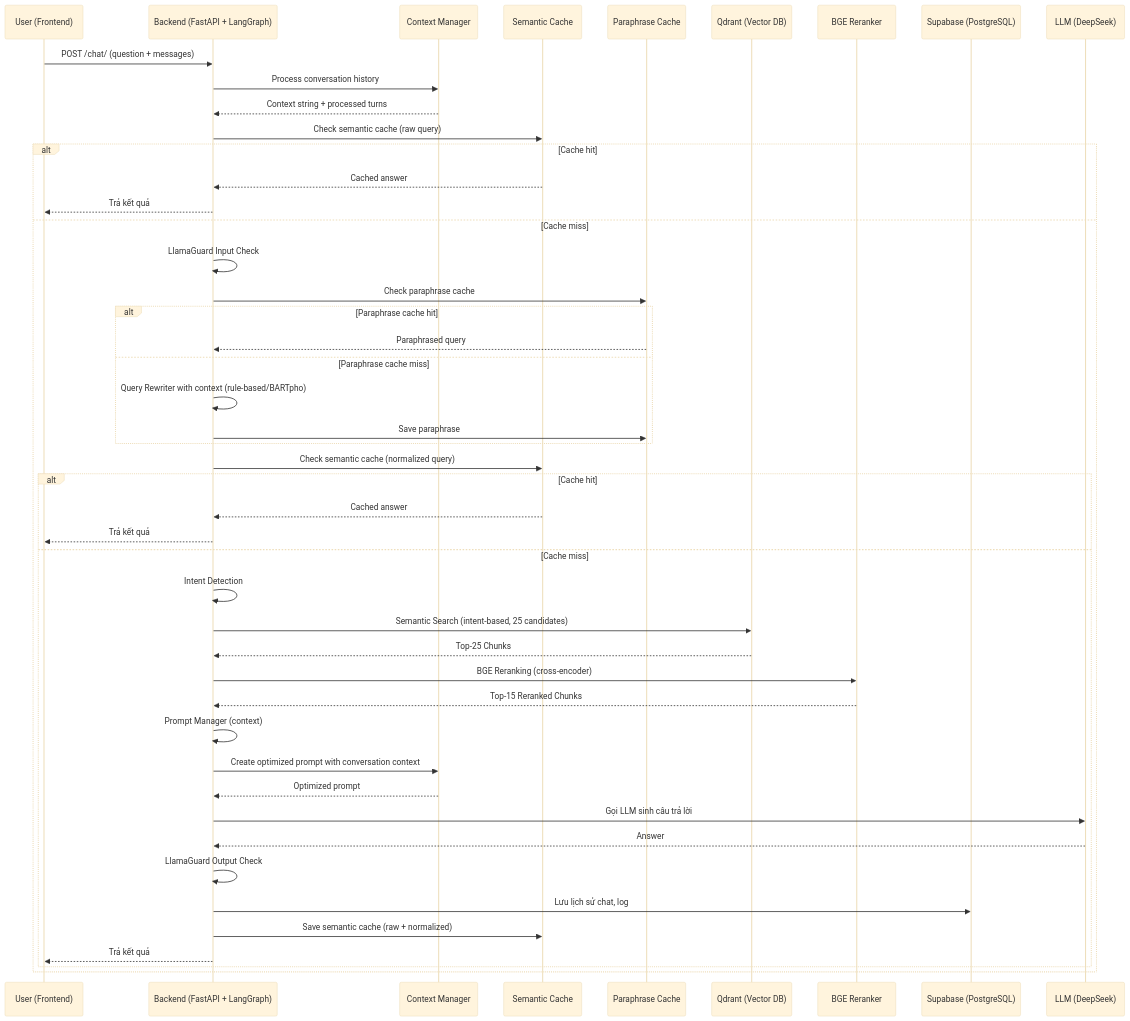
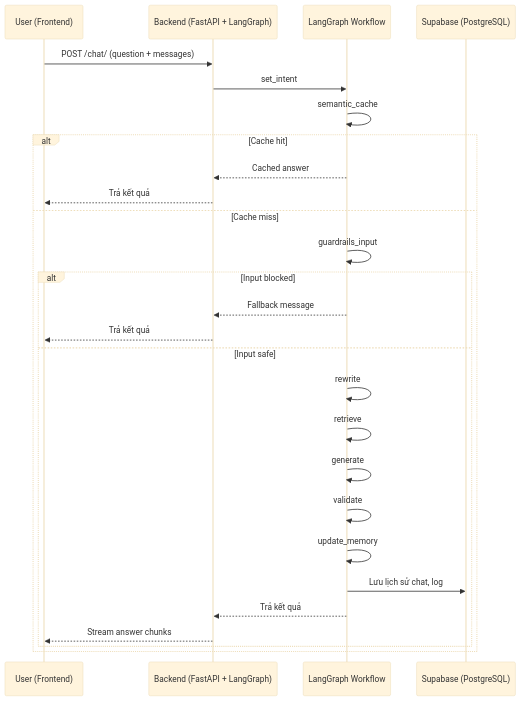
Before and after one commit to tuananhne1110/Cutru_chatbot: the second of 2 diagrams in docs/Workflow.md, drawn with Mermaid (base theme). The commit also changed other lines of this file and 1 other file, not shown here.

````diff
--- a/docs/Workflow.md
+++ b/docs/Workflow.md
@@ -55,49 +43,29 @@
 ```mermaid
 sequenceDiagram
     participant U as User (Frontend)
     participant B as Backend (FastAPI + LangGraph)
-    participant CM as Context Manager
-    participant C as Semantic Cache
-    participant P as Paraphrase Cache
-    participant Q as Qdrant (Vector DB)
-    participant R as BGE Reranker
+    participant L as LangGraph Workflow
     participant S as Supabase (PostgreSQL)
-    participant L as LLM (DeepSeek)
     U->>B: POST /chat/ (question + messages)
-    B->>CM: Process conversation history
-    CM-->>B: Context string + processed turns
-    B->>C: Check semantic cache (raw query)
+    B->>L: set_intent
+    L->>L: semantic_cache
     alt Cache hit
-        C-->>B: Cached answer
+        L-->>B: Cached answer
         B-->>U: Trả kết quả
     else Cache miss
-    B->>B: LlamaGuard Input Check
-        B->>P: Check paraphrase cache
-        alt Paraphrase cache hit
-            P-->>B: Paraphrased query
-        else Paraphrase cache miss
-            B->>B: Query Rewriter with context (rule-based/BARTpho)
-            B->>P: Save paraphrase
-        end
-        B->>C: Check semantic cache (normalized query)
-        alt Cache hit
-            C-->>B: Cached answer
+        L->>L: guardrails_input
+        alt Input blocked
+            L-->>B: Fallback message
             B-->>U: Trả kết quả
-        else Cache miss
-    B->>B: Intent Detection
-    B->>Q: Semantic Search (intent-based, 25 candidates)
-    Q-->>B: Top-25 Chunks
-    B->>R: BGE Reranking (cross-encoder)
-    R-->>B: Top-15 Reranked Chunks
-    B->>B: Prompt Manager (context)
-    B->>CM: Create optimized prompt with conversation context
-    CM-->>B: Optimized prompt
-    B->>L: Gọi LLM sinh câu trả lời
-    L-->>B: Answer
-    B->>B: LlamaGuard Output Check
-    B->>S: Lưu lịch sử chat, log
-            B->>C: Save semantic cache (raw + normalized)
-            B-->>U: Trả kết quả
+        else Input safe
+            L->>L: rewrite
+            L->>L: retrieve
+            L->>L: generate
+            L->>L: validate
+            L->>L: update_memory
+            L->>S: Lưu lịch sử chat, log
+            L-->>B: Trả kết quả
+            B-->>U: Stream answer chunks
         end
     end
 ```
````
